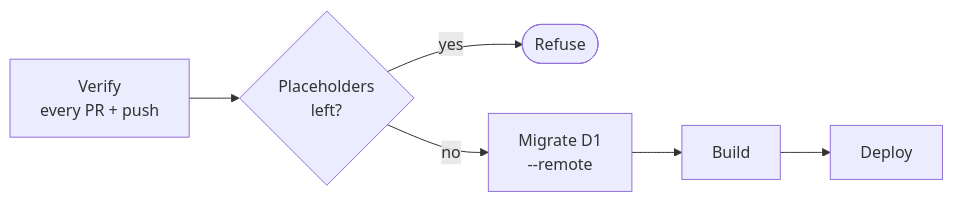
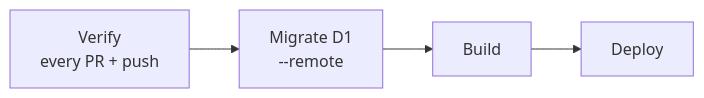
One commit to ojdh/HRSC-Prithvi changed the fourth of 4 diagrams in docs/cloudflare.md. Above: the diagram before and after it, drawn with Mermaid. The commit also changed other lines of this file and 14 other files, not shown here.

````diff
--- a/docs/cloudflare.md
+++ b/docs/cloudflare.md
@@ -206,8 +233,6 @@
 ```mermaid
 flowchart LR
-  verify["Verify<br/>every PR + push"] --> check{"Placeholders<br/>left?"}
-  check -->|yes| refuse([Refuse])
-  check -->|no| migrate["Migrate D1<br/>--remote"]
+  verify["Verify<br/>every PR + push"] --> migrate["Migrate D1<br/>--remote"]
   migrate --> build[Build]
   build --> deploy[Deploy]
 ```
````
